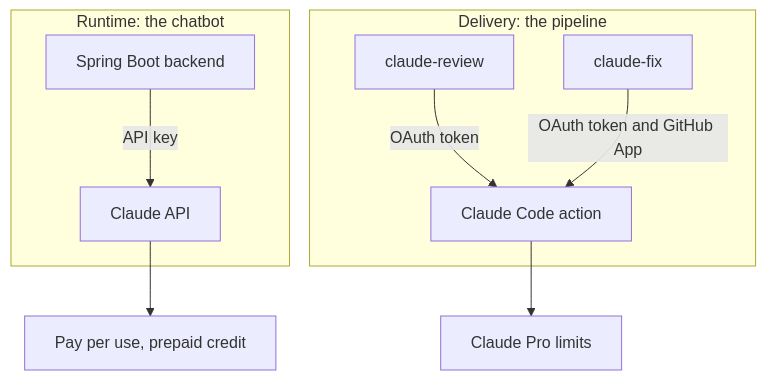
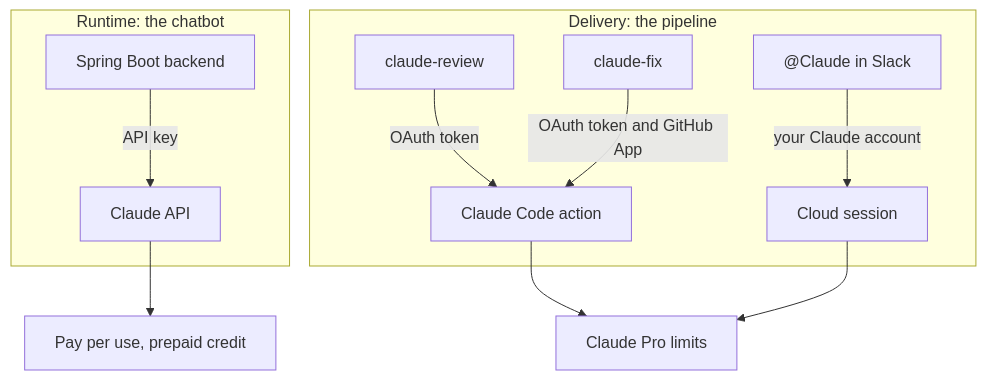
Before and after one commit to mattuttis/chatbot: the ninth of 12 diagrams in how-it-works.md, drawn with Mermaid. The commit also changed other lines of this file and 2 other files, not shown here.

Commit message:
Bring the guide and architecture diagram up to date

````diff
--- a/how-it-works.md
+++ b/how-it-works.md
@@ -404,12 +421,14 @@
 ```mermaid
 flowchart TD
     subgraph RT["Runtime: the chatbot"]
         BE["Spring Boot backend"] -->|"API key"| API["Claude API"]
     end
     subgraph CIFLOW["Delivery: the pipeline"]
         REV["claude-review"] -->|"OAuth token"| CC["Claude Code action"]
         FIX["claude-fix"] -->|"OAuth token and GitHub App"| CC
+        SLACK["@Claude in Slack"] -->|"your Claude account"| CS["Cloud session"]
     end
     API --> BILL1["Pay per use, prepaid credit"]
     CC --> BILL2["Claude Pro limits"]
+    CS --> BILL2
 ```
````
